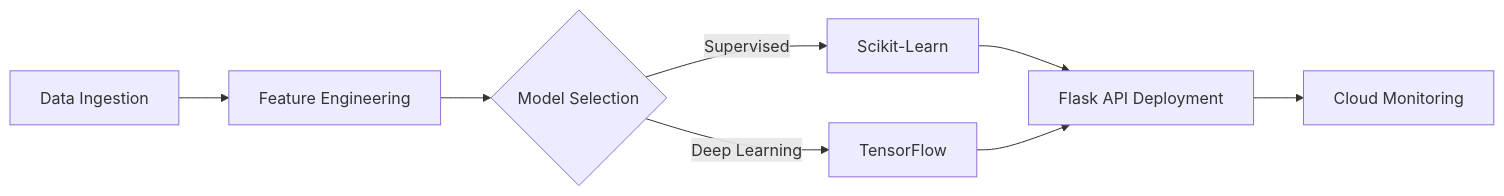
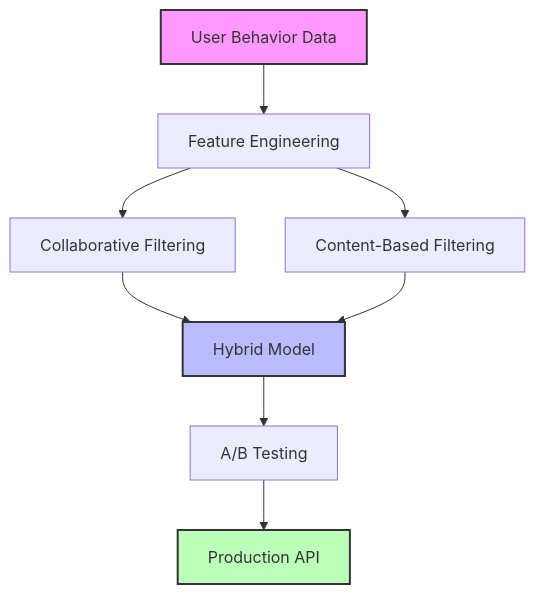
The second of 3 diagrams in README.md (joaquimtimoteo/joaquimtimoteo), drawn with Mermaid before and after one commit. The commit also changed other lines of this file, not shown here.

````diff
--- a/README.md
+++ b/README.md
@@ -52,10 +217,14 @@
 ```mermaid
-graph LR
-    A[Data Ingestion] --> B[Feature Engineering]
-    B --> C{Model Selection}
-    C -->|Supervised| D[Scikit-Learn]
-    C -->|Deep Learning| E[TensorFlow]
-    D --> F[Flask API Deployment]
-    E --> F
-    F --> G[Cloud Monitoring]
+graph TD
+    A[User Behavior Data] --> B[Feature Engineering]
+    B --> C[Collaborative Filtering]
+    B --> D[Content-Based Filtering]
+    C --> E[Hybrid Model]
+    D --> E
+    E --> F[A/B Testing]
+    F --> G[Production API]
+    
+    style A fill:#f9f,stroke:#333,stroke-width:2px
+    style E fill:#bbf,stroke:#333,stroke-width:2px
+    style G fill:#bfb,stroke:#333,stroke-width:2px
 ```
````
